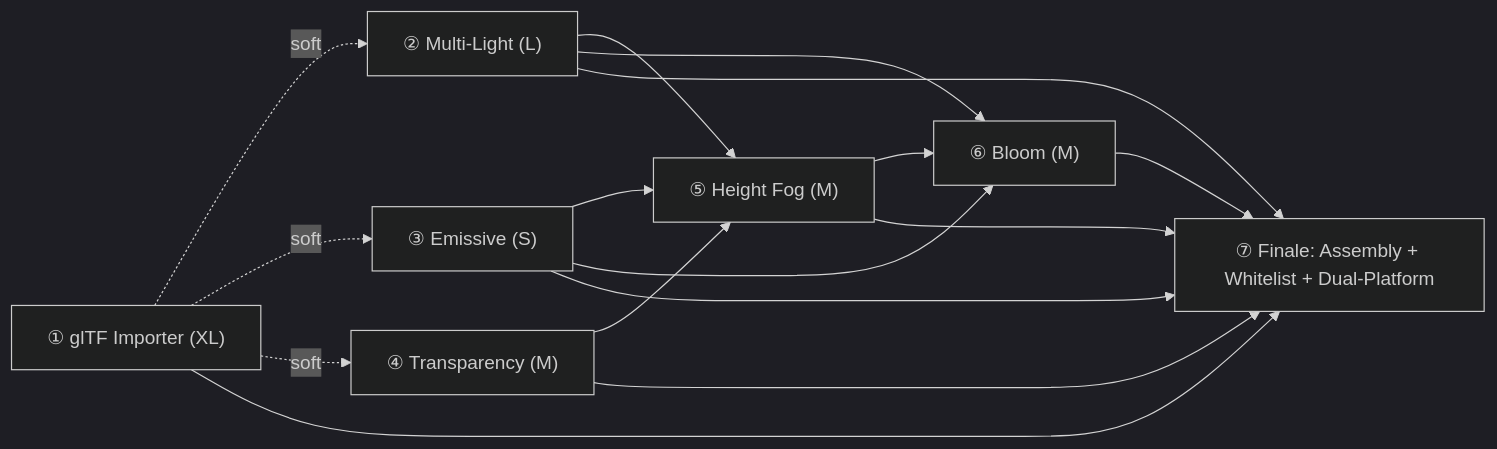
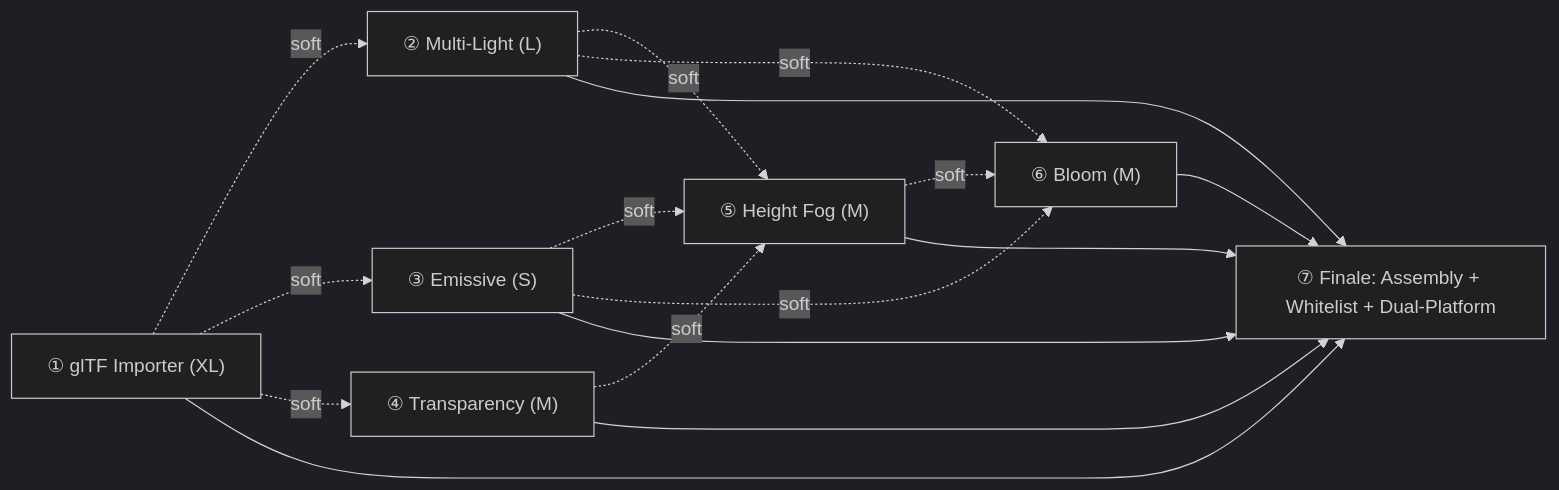
Before and after one commit to slmao/Atlantis: the diagram in docs/specs/0036-bistro-parity-roadmap.md, drawn with Mermaid (dark theme). The commit also changed other lines of this file, not shown here.

Commit message:
spec: pre-approval revision for Bistro parity roadmap (Spec 0036)
Two fixes, both requested pre-approval:

1. Dependency-graph diagram/prose contradiction: the six edges feeding
   workflows 5/6 (W2/W3/W4-->W5, W2/W3/W5-->W6) were drawn as solid
   (hard-dependency) arrows in the Mermaid graph while the surrounding
   prose already stated their ordering is a soft preference, not a
   hard technical dependency -- changed to dashed -.-> edges, matching
   W1's own existing soft-edge style. The legend text already described
   dashed edges as soft/development-order-only, so it needed no change.
2. Approval recorded: Status Proposed -> Approved; Approval: slmao,
   2026-09-15 (chat confirmation, no reviewing PR -- this roadmap-stage
   Spec has no Implementation of its own to gate). Authorizes each of
   the seven named workflows to open its own Spec/Plan/Human
   Review/Implementation cycle independently; this Spec itself still
   authorizes no Implementation, unchanged from its own already-stated
   Architectural Impact/Proposed Design sections.

````diff
--- a/docs/specs/0036-bistro-parity-roadmap.md
+++ b/docs/specs/0036-bistro-parity-roadmap.md
@@ -415,26 +420,26 @@
 ```mermaid
 graph LR
   W1["① glTF Importer (XL)"]
   W2["② Multi-Light (L)"]
   W3["③ Emissive (S)"]
   W4["④ Transparency (M)"]
   W5["⑤ Height Fog (M)"]
   W6["⑥ Bloom (M)"]
   W7["⑦ Finale: Assembly + Whitelist + Dual-Platform"]
 
   W1 -. soft .-> W2
   W1 -. soft .-> W3
   W1 -. soft .-> W4
-  W2 --> W5
-  W3 --> W5
-  W4 --> W5
-  W2 --> W6
-  W3 --> W6
-  W5 --> W6
+  W2 -. soft .-> W5
+  W3 -. soft .-> W5
+  W4 -. soft .-> W5
+  W2 -. soft .-> W6
+  W3 -. soft .-> W6
+  W5 -. soft .-> W6
   W1 --> W7
   W2 --> W7
   W3 --> W7
   W4 --> W7
   W5 --> W7
   W6 --> W7
 ```
````
